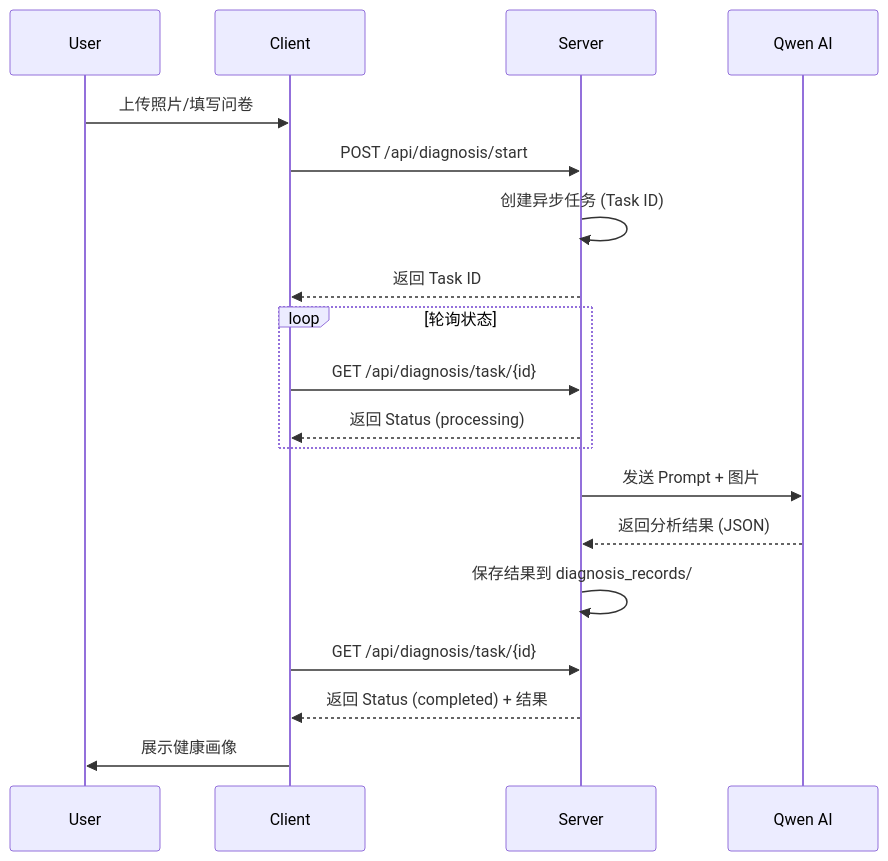
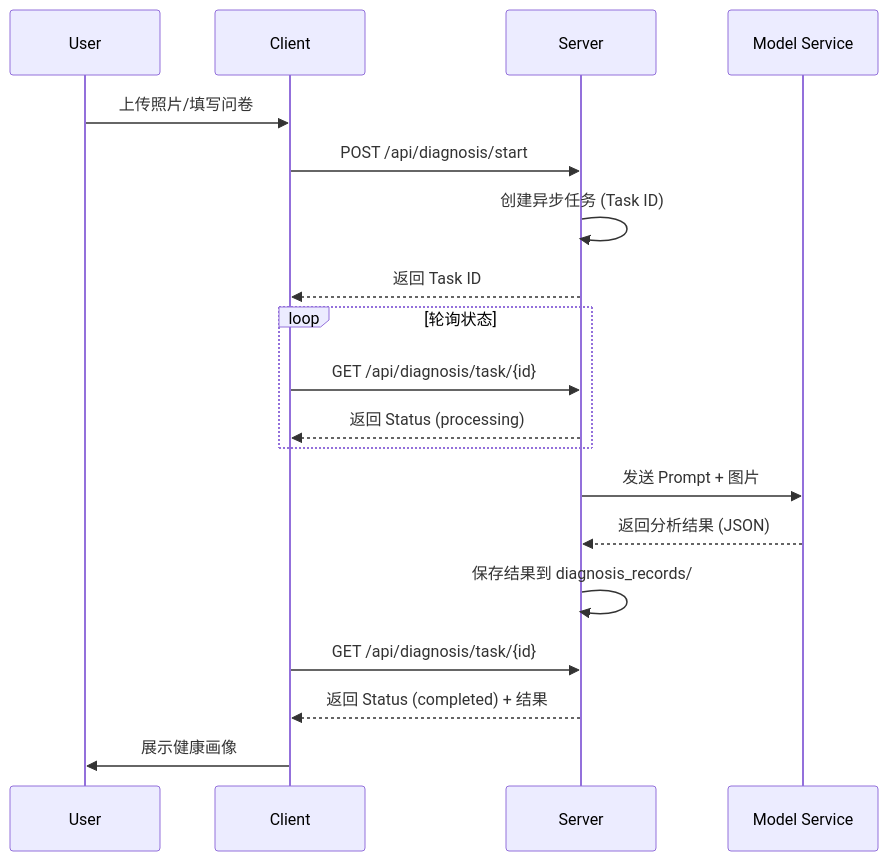
Before and after one commit to AeonusOvO/HaloCare: the third of 4 diagrams in docs/ARCHITECTURE.md, drawn with Mermaid. The commit also changed other lines of this file and 19 other files, not shown here.

Commit message:
Refactor app branding and diagnosis demo flow

````diff
--- a/docs/ARCHITECTURE.md
+++ b/docs/ARCHITECTURE.md
@@ -125,25 +125,25 @@
 ```mermaid
 sequenceDiagram
     participant U as User
     participant C as Client
     participant S as Server
-    participant AI as Qwen AI
+    participant M as Model Service
 
     U->>C: 上传照片/填写问卷
     C->>S: POST /api/diagnosis/start
     S->>S: 创建异步任务 (Task ID)
     S-->>C: 返回 Task ID
 
     loop 轮询状态
         C->>S: GET /api/diagnosis/task/{id}
         S-->>C: 返回 Status (processing)
     end
 
-    S->>AI: 发送 Prompt + 图片
-    AI-->>S: 返回分析结果 (JSON)
+    S->>M: 发送 Prompt + 图片
+    M-->>S: 返回分析结果 (JSON)
     S->>S: 保存结果到 diagnosis_records/
 
     C->>S: GET /api/diagnosis/task/{id}
     S-->>C: 返回 Status (completed) + 结果
     C->>U: 展示健康画像
 ```
````
